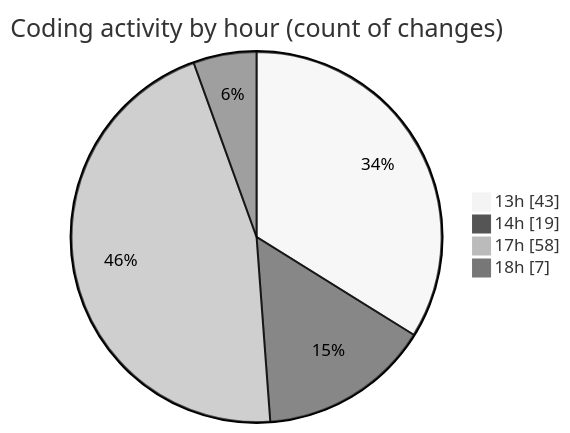
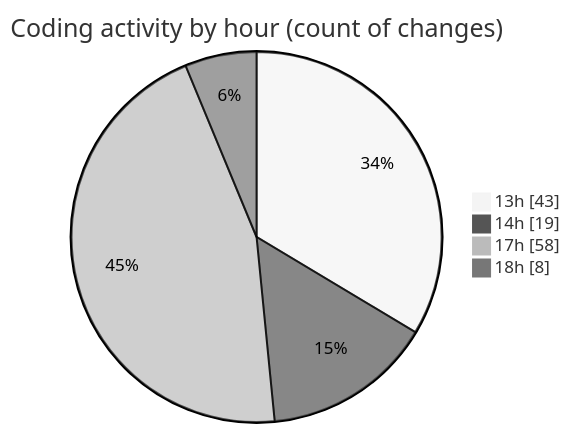
One commit to MatusMokan/code-tracking changed the second of 2 diagrams in 2025-10-04/untitled__workspace_/README.md. Above: the diagram before and after it, drawn with Mermaid (neutral theme). The commit also changed other lines of this file and 1 other file, not shown here.

````diff
--- a/2025-10-04/untitled__workspace_/README.md
+++ b/2025-10-04/untitled__workspace_/README.md
@@ -46,8 +46,8 @@
 ```mermaid
 pie showData
 title Coding activity by hour (count of changes)
 "13h" : 43
 "14h" : 19
 "17h" : 58
-"18h" : 7
+"18h" : 8
 ```
````
